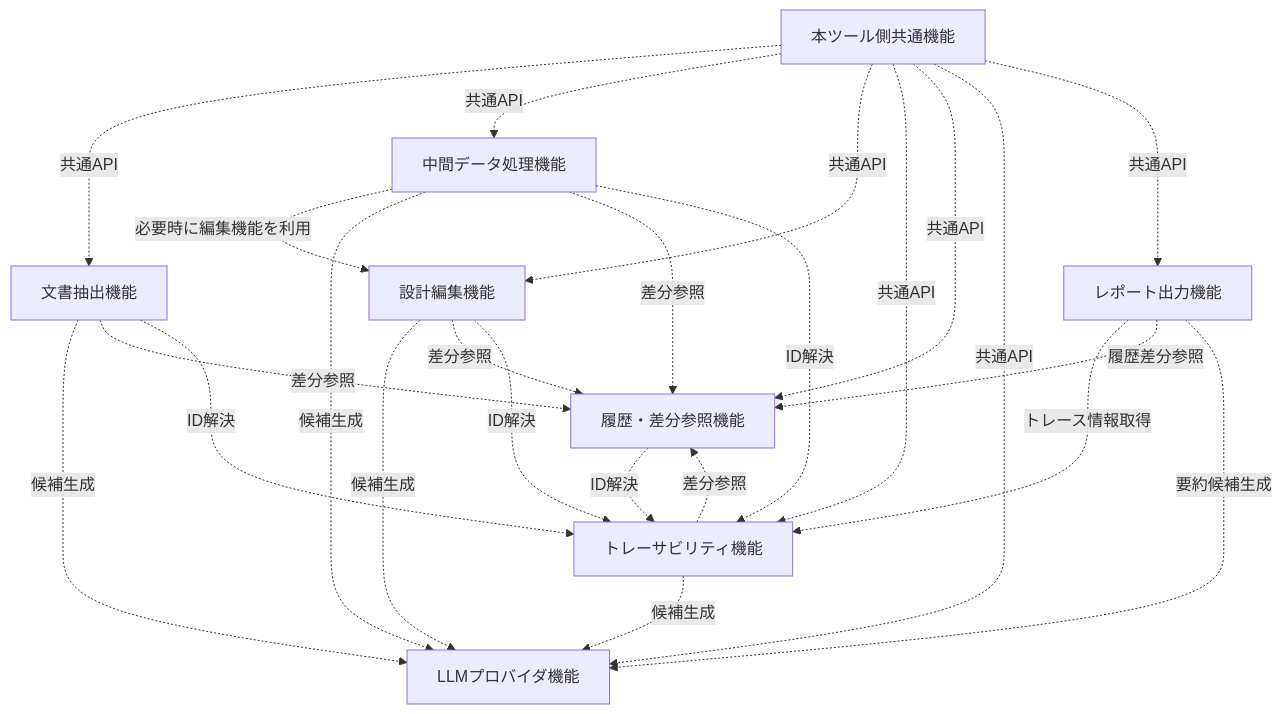
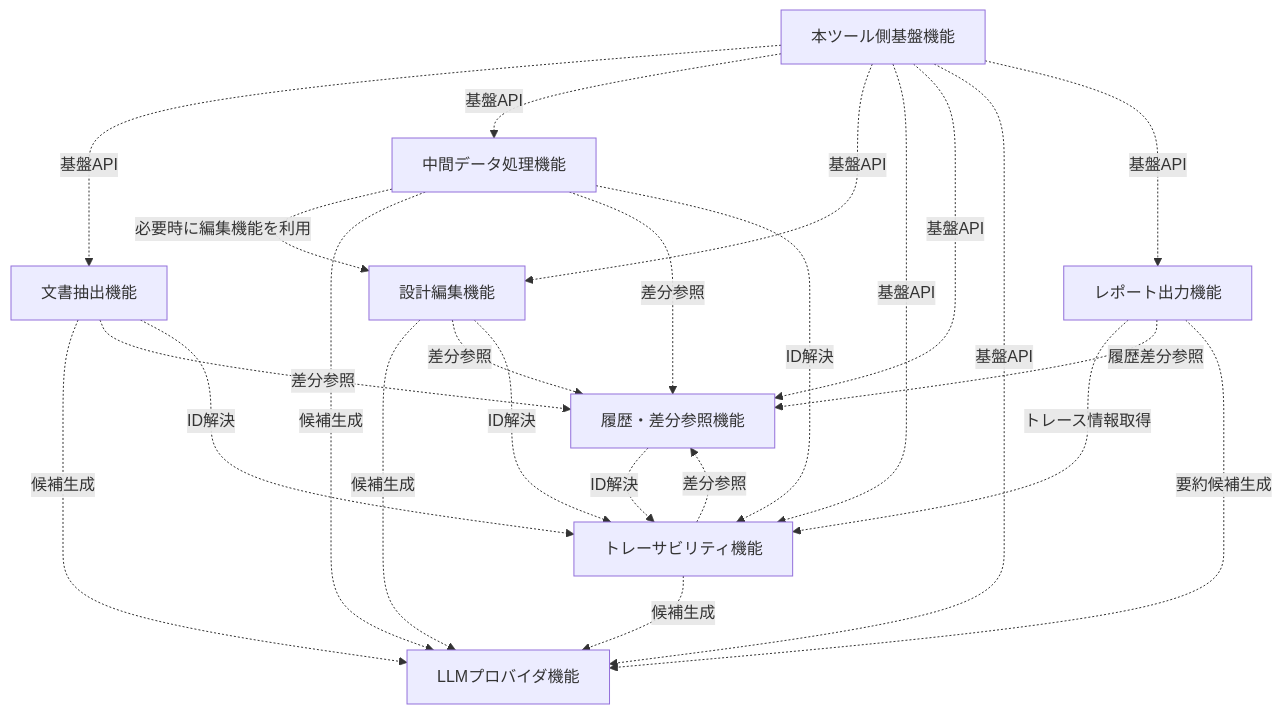
One commit to kfuruichi0920/d2d changed the second of 9 diagrams in docs/sdd_function_architecture.md. Above: the diagram before and after it, drawn with Mermaid. The commit also changed other lines of this file and 1 other file, not shown here.

````diff
--- a/docs/sdd_function_architecture.md
+++ b/docs/sdd_function_architecture.md
@@ -131,40 +126,40 @@
 ```mermaid
 flowchart TD
-    Host[本ツール側共通機能]
+    Host[本ツール側基盤機能]
 
     Importer[文書抽出機能]
     Intermediate[中間データ処理機能]
     DesignEdit[設計編集機能]
     Trace[トレーサビリティ機能]
     History[履歴・差分参照機能]
     LLM[LLMプロバイダ機能]
     Report[レポート出力機能]
 
-    Host -.共通API.-> Importer
-    Host -.共通API.-> Intermediate
-    Host -.共通API.-> DesignEdit
-    Host -.共通API.-> Trace
-    Host -.共通API.-> History
-    Host -.共通API.-> LLM
-    Host -.共通API.-> Report
+    Host -.基盤API.-> Importer
+    Host -.基盤API.-> Intermediate
+    Host -.基盤API.-> DesignEdit
+    Host -.基盤API.-> Trace
+    Host -.基盤API.-> History
+    Host -.基盤API.-> LLM
+    Host -.基盤API.-> Report
 
     Intermediate -.必要時に編集機能を利用.-> DesignEdit
     Report -.トレース情報取得.-> Trace
     Report -.履歴差分参照.-> History
 
     Importer -.候補生成.-> LLM
     Intermediate -.候補生成.-> LLM
     DesignEdit -.候補生成.-> LLM
     Trace -.候補生成.-> LLM
     Report -.要約候補生成.-> LLM
 
     Importer -.差分参照.-> History
     Intermediate -.差分参照.-> History
     DesignEdit -.差分参照.-> History
     Trace -.差分参照.-> History
 
     Importer -.ID解決.-> Trace
     Intermediate -.ID解決.-> Trace
     DesignEdit -.ID解決.-> Trace
     History -.ID解決.-> Trace
 ```
````
